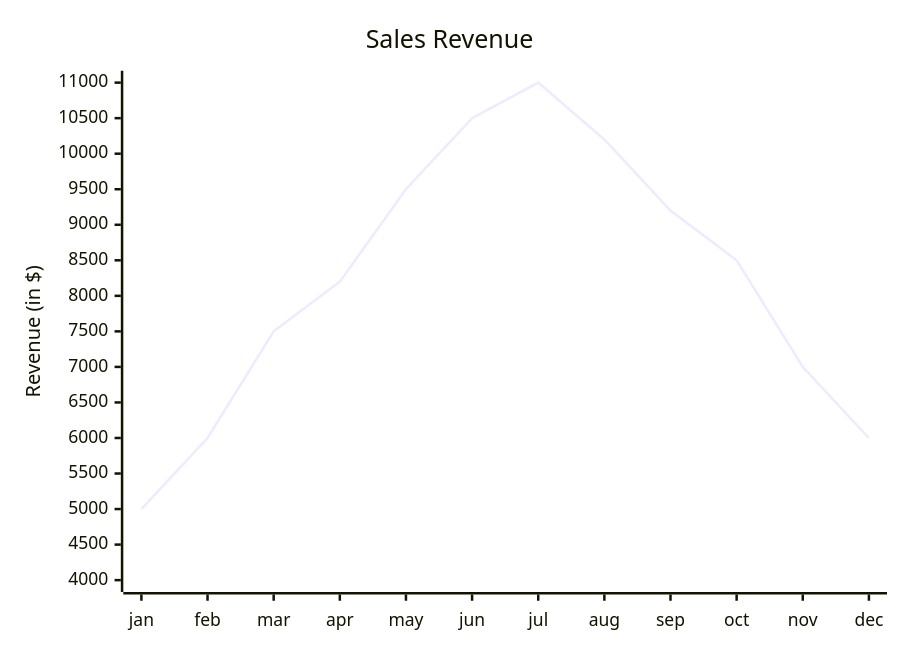
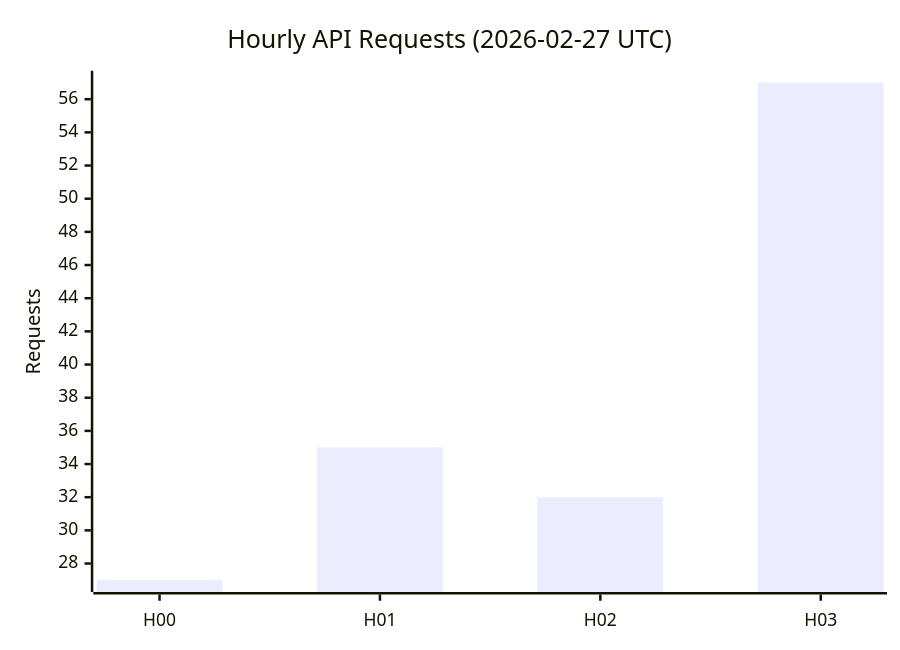
The first of 2 diagrams in reports/2026-02-27/USAGE_REPORT.md (gormantec/openclaw_reports), drawn with Mermaid before and after one commit. The commit also changed other lines of this file, not shown here.

````diff
--- a/reports/2026-02-27/USAGE_REPORT.md
+++ b/reports/2026-02-27/USAGE_REPORT.md
@@ -21,8 +19,7 @@
 ```mermaid
 xychart
-    title "Sales Revenue"
-    x-axis [jan, feb, mar, apr, may, jun, jul, aug, sep, oct, nov, dec]
-    y-axis "Revenue (in $)" 4000 --> 11000
-    line [5000, 6000, 7500, 8200, 9500, 10500, 11000, 10200, 9200, 8500, 7000, 6000]
-
+    title "Hourly API Requests (2026-02-27 UTC)"
+    x-axis [H00, H01, H02, H03]
+    y-axis "Requests"
+    bar [27, 35, 32, 57]
 ```
````
